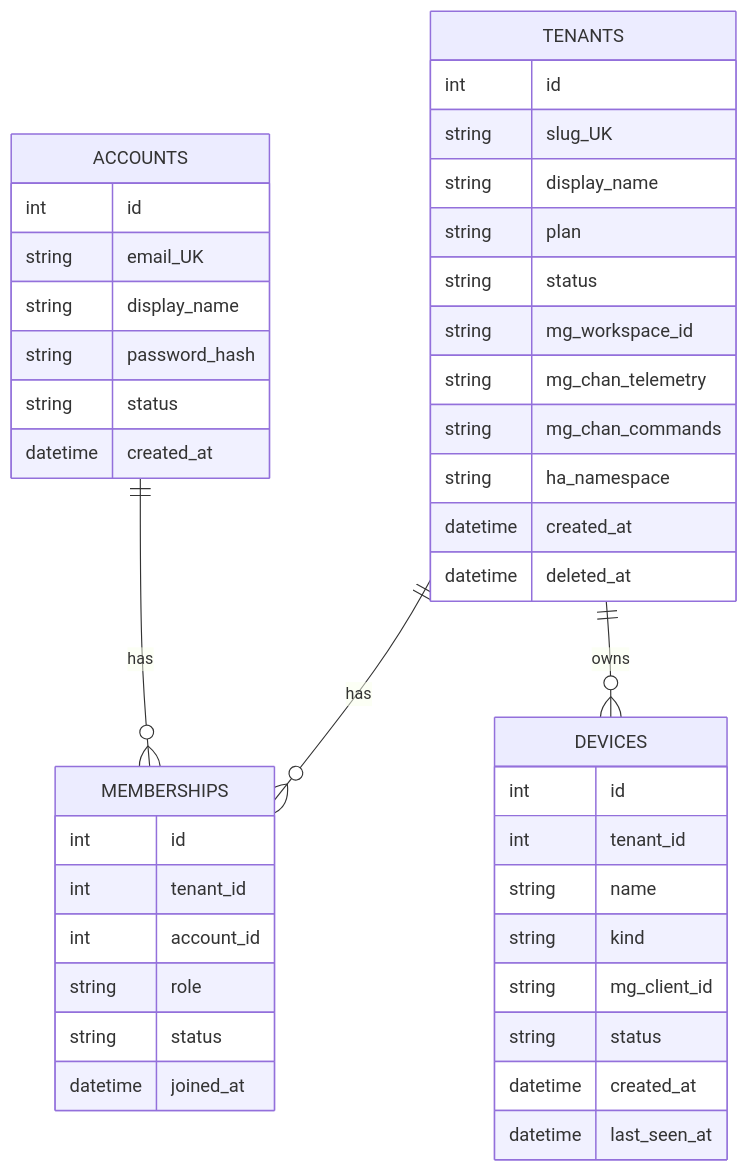
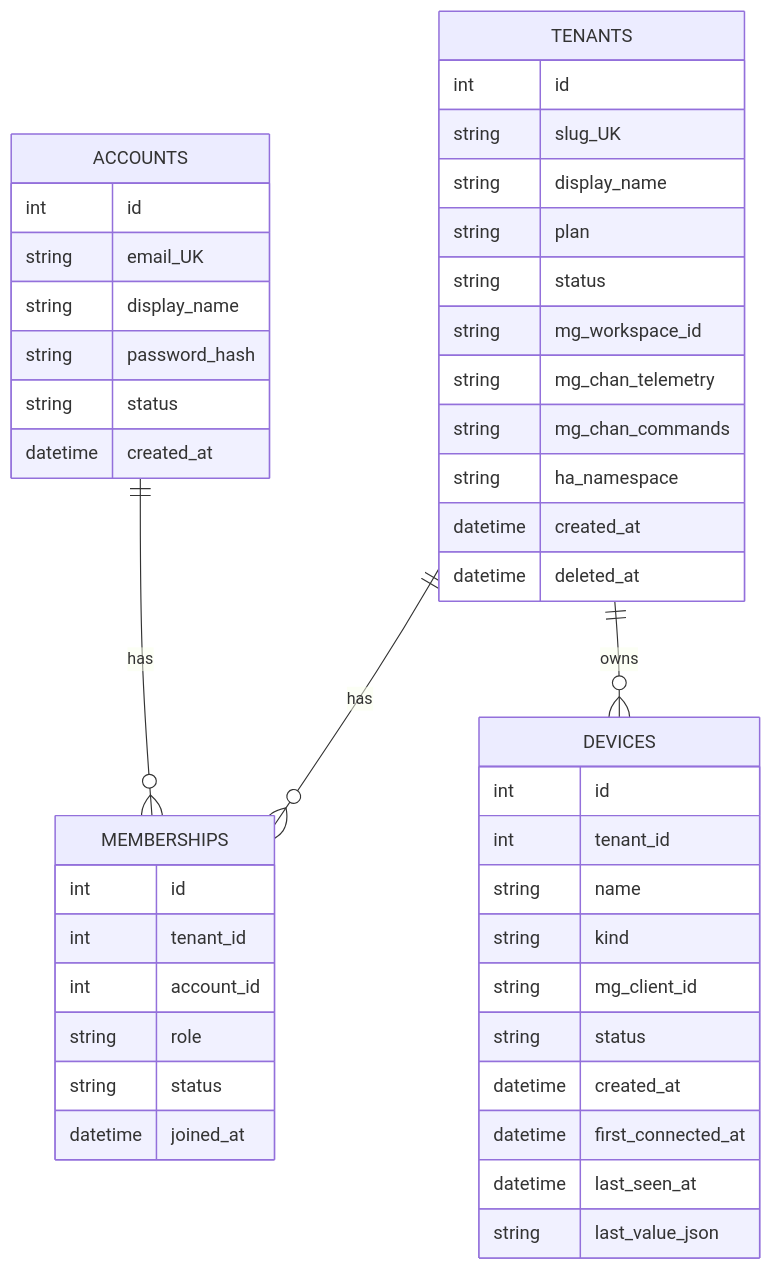
The second of 3 diagrams in docs/HOW_IT_WORKS.md (ShreyashV38/The-SIFT), drawn with Mermaid before and after one commit. The commit also changed other lines of this file and 29 other files, not shown here.

````diff
--- a/docs/HOW_IT_WORKS.md
+++ b/docs/HOW_IT_WORKS.md
@@ -206,10 +213,10 @@
 ```mermaid
 erDiagram
   ACCOUNTS ||--o{ MEMBERSHIPS : has
   TENANTS ||--o{ MEMBERSHIPS : has
   TENANTS ||--o{ DEVICES : owns
   ACCOUNTS { int id string email_UK string display_name string password_hash string status datetime created_at }
   TENANTS { int id string slug_UK string display_name string plan string status string mg_workspace_id string mg_chan_telemetry string mg_chan_commands string ha_namespace datetime created_at datetime deleted_at }
   MEMBERSHIPS { int id int tenant_id int account_id string role string status datetime joined_at }
-  DEVICES { int id int tenant_id string name string kind string mg_client_id string status datetime created_at datetime last_seen_at }
+  DEVICES { int id int tenant_id string name string kind string mg_client_id string status datetime created_at datetime first_connected_at datetime last_seen_at string last_value_json }
 ```
````
